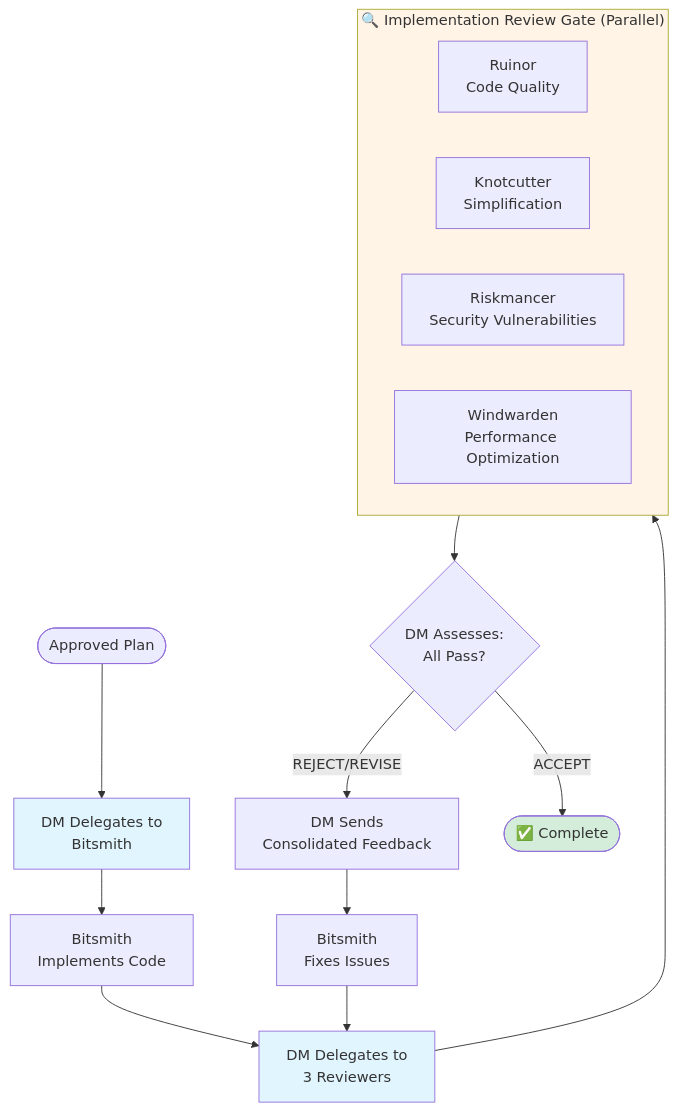
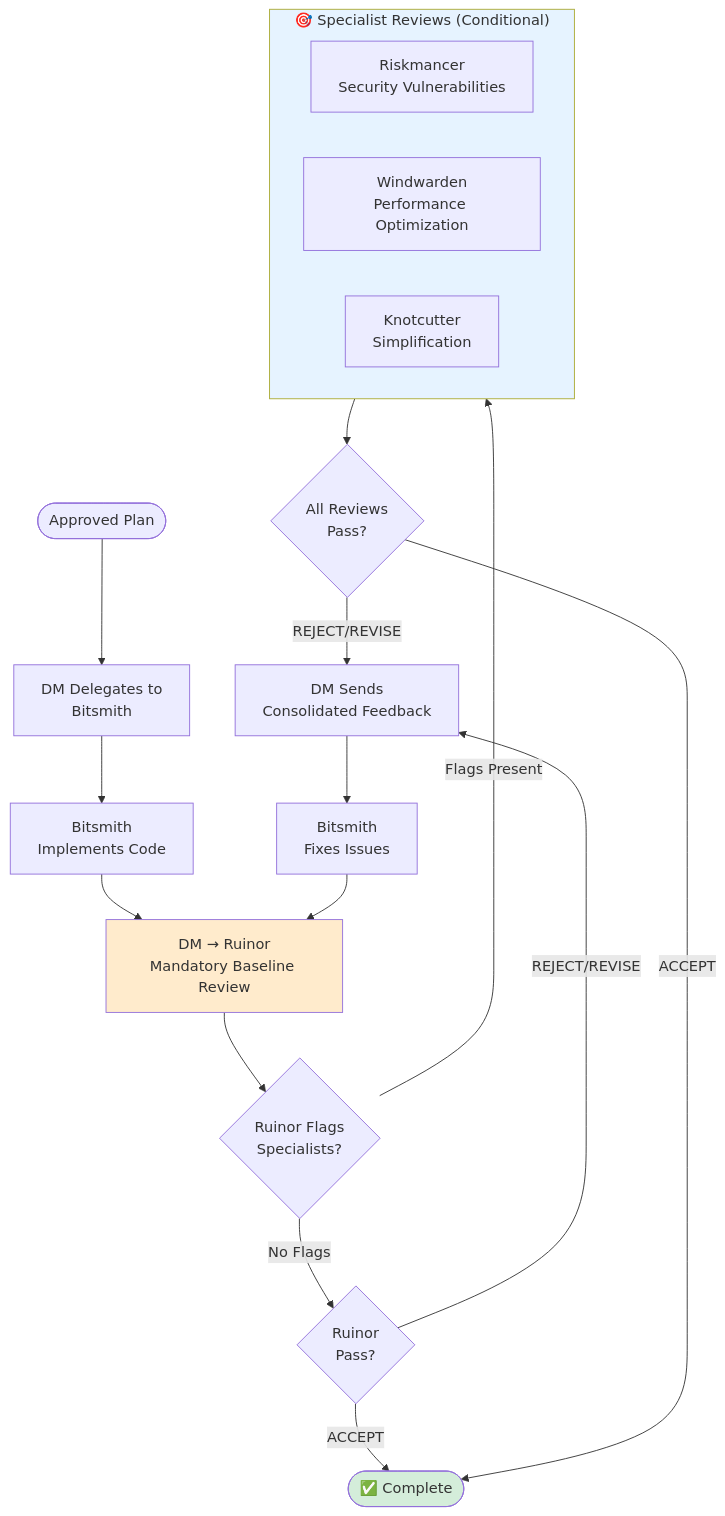
The third of 3 diagrams in README.md (alkofu/ai-tpk), drawn with Mermaid before and after one commit. The commit also changed other lines of this file and 8 other files, not shown here.

First line of the commit message:
refactor(agents): implement intelligent review workflow with opt-in specialists (#27)

````diff
--- a/README.md
+++ b/README.md
@@ -136,27 +139,30 @@
 ```mermaid
 flowchart TD
     Start([Approved Plan]) --> DelegateE[DM Delegates to<br/>Bitsmith]
     DelegateE --> Impl[Bitsmith<br/>Implements Code]
-    Impl --> DelegateR[DM Delegates to<br/>3 Reviewers]
+    Impl --> MandatoryR[DM → Ruinor<br/>Mandatory Baseline Review]
 
-    DelegateR --> ReviewGate
+    MandatoryR --> Decision{Ruinor Flags<br/>Specialists?}
 
-    subgraph ReviewGate["🔍 Implementation Review Gate (Parallel)"]
-        R2[Ruinor<br/>Code Quality]
-        K2[Knotcutter<br/>Simplification]
+    Decision -->|No Flags| Assess1{Ruinor<br/>Pass?}
+    Decision -->|Flags Present| Specialists
+
+    subgraph Specialists["🎯 Specialist Reviews (Conditional)"]
         RS2[Riskmancer<br/>Security Vulnerabilities]
         W2[Windwarden<br/>Performance Optimization]
+        K2[Knotcutter<br/>Simplification]
     end
 
-    ReviewGate --> Assess{DM Assesses:<br/>All Pass?}
+    Specialists --> Assess2{All Reviews<br/>Pass?}
 
-    Assess -->|REJECT/REVISE| Feedback[DM Sends<br/>Consolidated Feedback]
+    Assess1 -->|REJECT/REVISE| Feedback[DM Sends<br/>Consolidated Feedback]
+    Assess2 -->|REJECT/REVISE| Feedback
     Feedback --> Fix[Bitsmith<br/>Fixes Issues]
-    Fix --> DelegateR
-    Assess -->|ACCEPT| Complete([✅ Complete])
+    Fix --> MandatoryR
+    Assess1 -->|ACCEPT| Complete([✅ Complete])
+    Assess2 -->|ACCEPT| Complete
 
-    style DelegateE fill:#e1f5ff
-    style DelegateR fill:#e1f5ff
-    style ReviewGate fill:#fff4e6
+    style MandatoryR fill:#ffebcc
+    style Specialists fill:#e6f3ff
     style Complete fill:#d4edda
 ```
````
